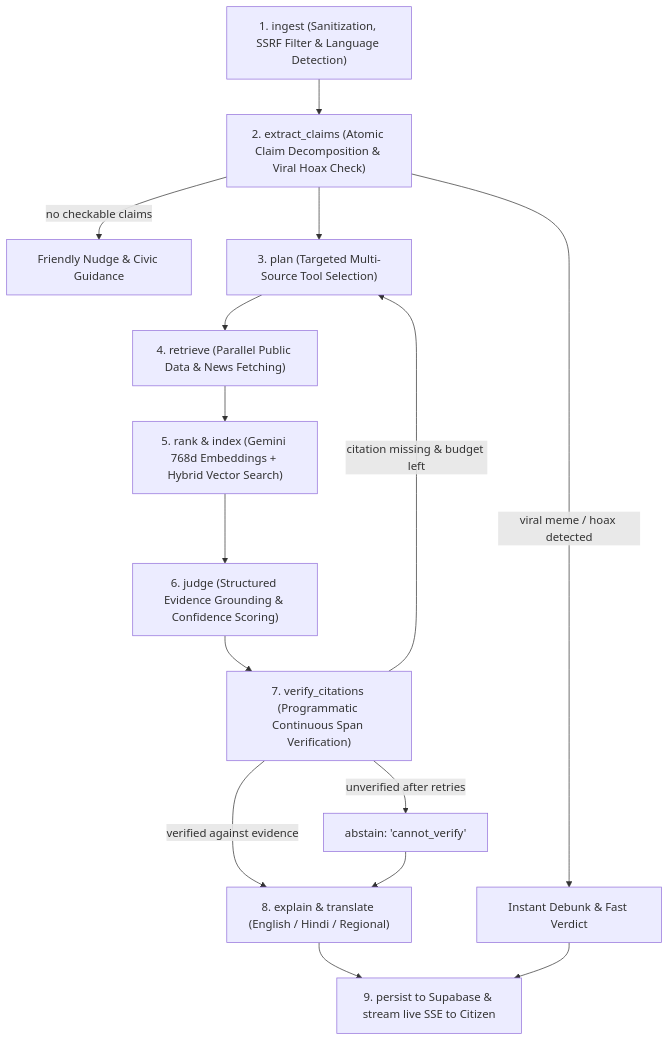
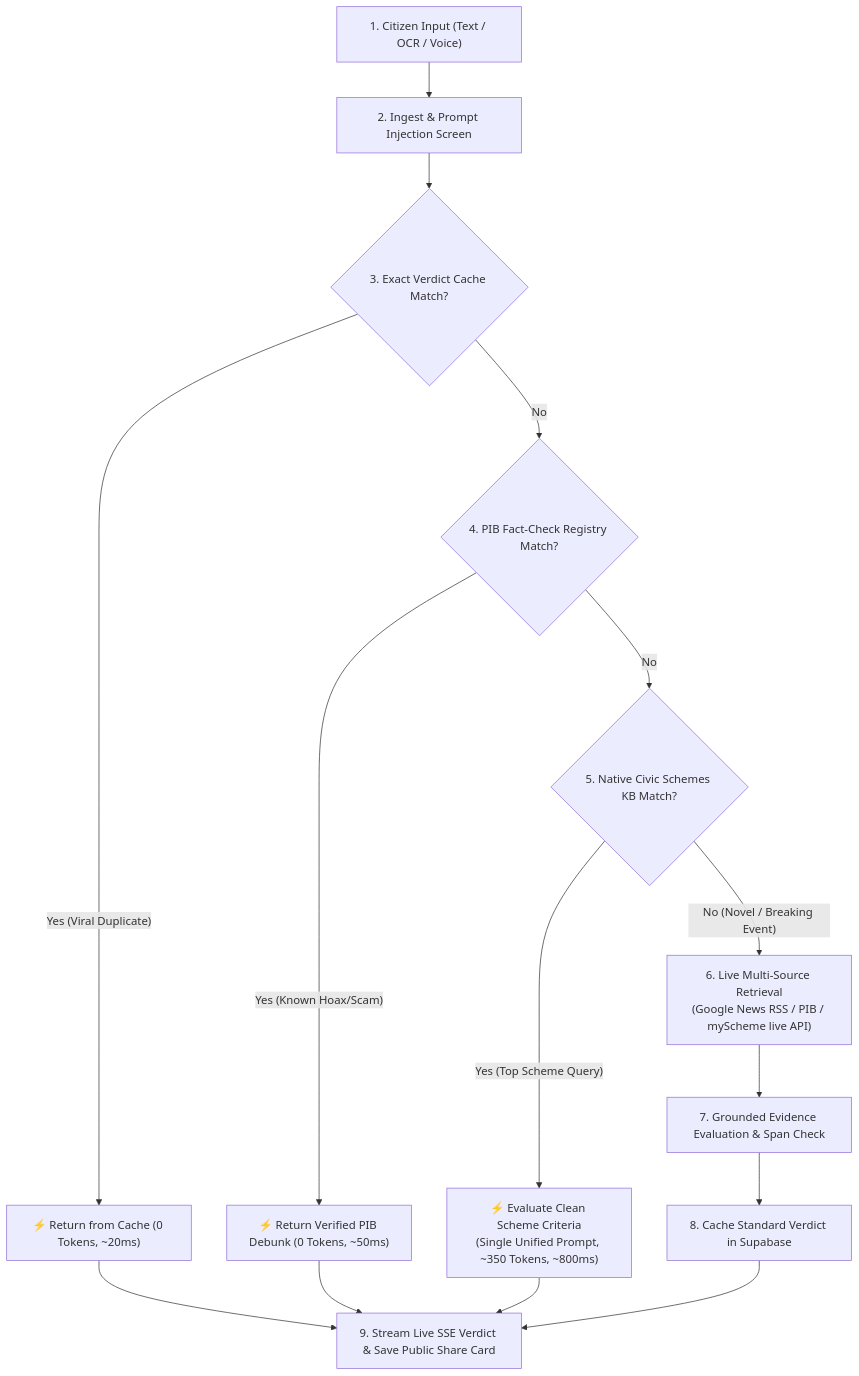
One commit to lalankr08/JanPulse changed the second of 2 diagrams in README.md. Above: the diagram before and after it, drawn with Mermaid. The commit also changed other lines of this file and 1 other file, not shown here.

Commit message:
docs: update README with civic knowledge base, 0-token fast paths, latency matrix, and seeding guide

````diff
--- a/README.md
+++ b/README.md
@@ -68,17 +80,24 @@
 ```mermaid
 flowchart TD
-  A["1. ingest (Sanitization, SSRF Filter & Language Detection)"] --> B["2. extract_claims (Atomic Claim Decomposition & Viral Hoax Check)"]
-  B -->|"no checkable claims"| X["Friendly Nudge & Civic Guidance"]
-  B -->|"viral meme / hoax detected"| Z["Instant Debunk & Fast Verdict"]
-  B --> C["3. plan (Targeted Multi-Source Tool Selection)"]
-  C --> D["4. retrieve (Parallel Public Data & News Fetching)"]
-  D --> E["5. rank & index (Gemini 768d Embeddings + Hybrid Vector Search)"]
-  E --> F["6. judge (Structured Evidence Grounding & Confidence Scoring)"]
-  F --> G["7. verify_citations (Programmatic Continuous Span Verification)"]
-  G -->|"citation missing & budget left"| C
-  G -->|"unverified after retries"| H["abstain: 'cannot_verify'"]
-  G -->|"verified against evidence"| I["8. explain & translate (English / Hindi / Regional)"]
-  H --> I
-  I --> J["9. persist to Supabase & stream live SSE to Citizen"]
-  Z --> J
+  Q["1. Citizen Input (Text / OCR / Voice)"] --> INGEST["2. Ingest & Prompt Injection Screen"]
+  INGEST --> C1{"3. Exact Verdict Cache Match?"}
+  
+  C1 -- "Yes (Viral Duplicate)" --> R_CACHE["⚡ Return from Cache (0 Tokens, ~20ms)"]
+  C1 -- "No" --> C2{"4. PIB Fact-Check Registry Match?"}
+  
+  C2 -- "Yes (Known Hoax/Scam)" --> R_PIB["⚡ Return Verified PIB Debunk (0 Tokens, ~50ms)"]
+  C2 -- "No" --> C3{"5. Native Civic Schemes KB Match?"}
+  
+  C3 -- "Yes (Top Scheme Query)" --> R_SCHEME["⚡ Evaluate Clean Scheme Criteria
+(Single Unified Prompt, ~350 Tokens, ~800ms)"]
+  C3 -- "No (Novel / Breaking Event)" --> LIVE_RAG["6. Live Multi-Source Retrieval
+(Google News RSS / PIB / myScheme live API)"]
+  
+  LIVE_RAG --> JUDGE["7. Grounded Evidence Evaluation & Span Check"]
+  JUDGE --> SAVE_CACHE["8. Cache Standard Verdict in Supabase"]
+  
+  R_CACHE --> VERDICT["9. Stream Live SSE Verdict & Save Public Share Card"]
+  R_PIB --> VERDICT
+  R_SCHEME --> VERDICT
+  SAVE_CACHE --> VERDICT
 ```
````
